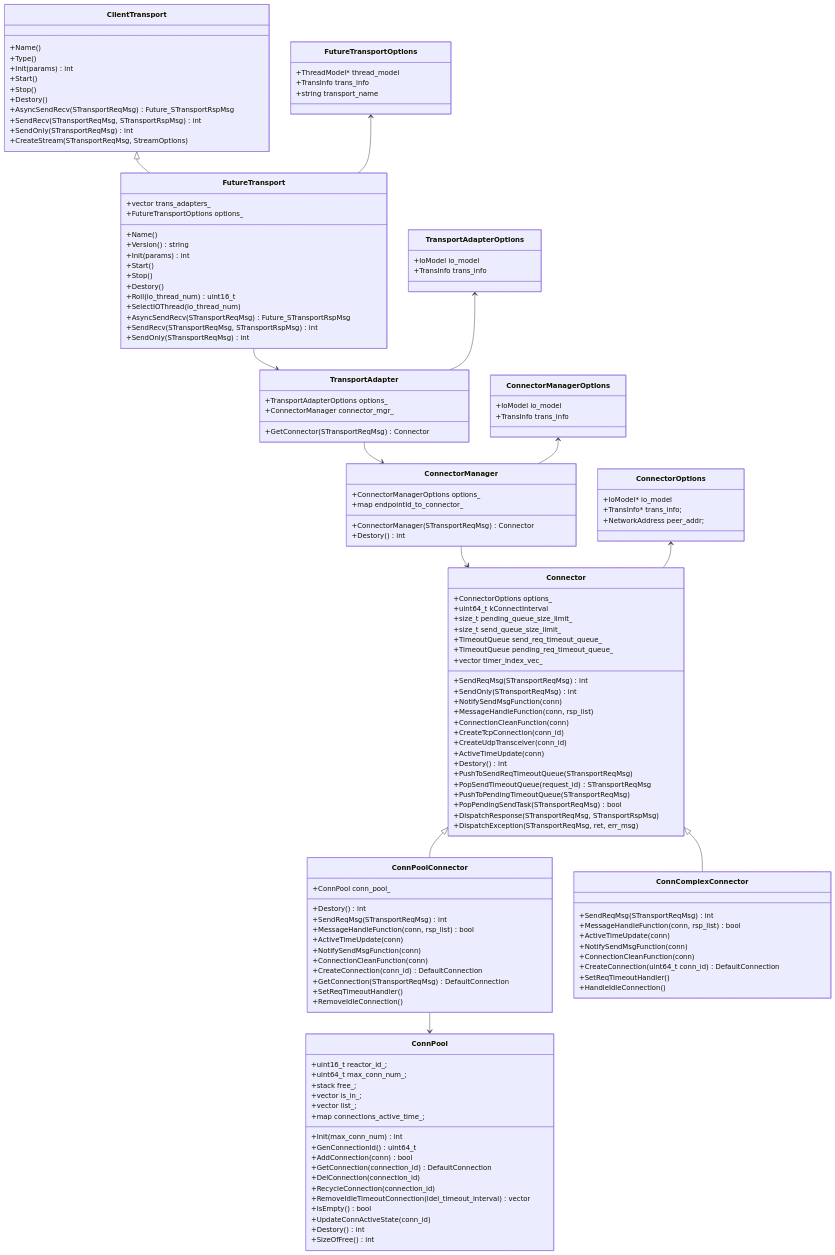
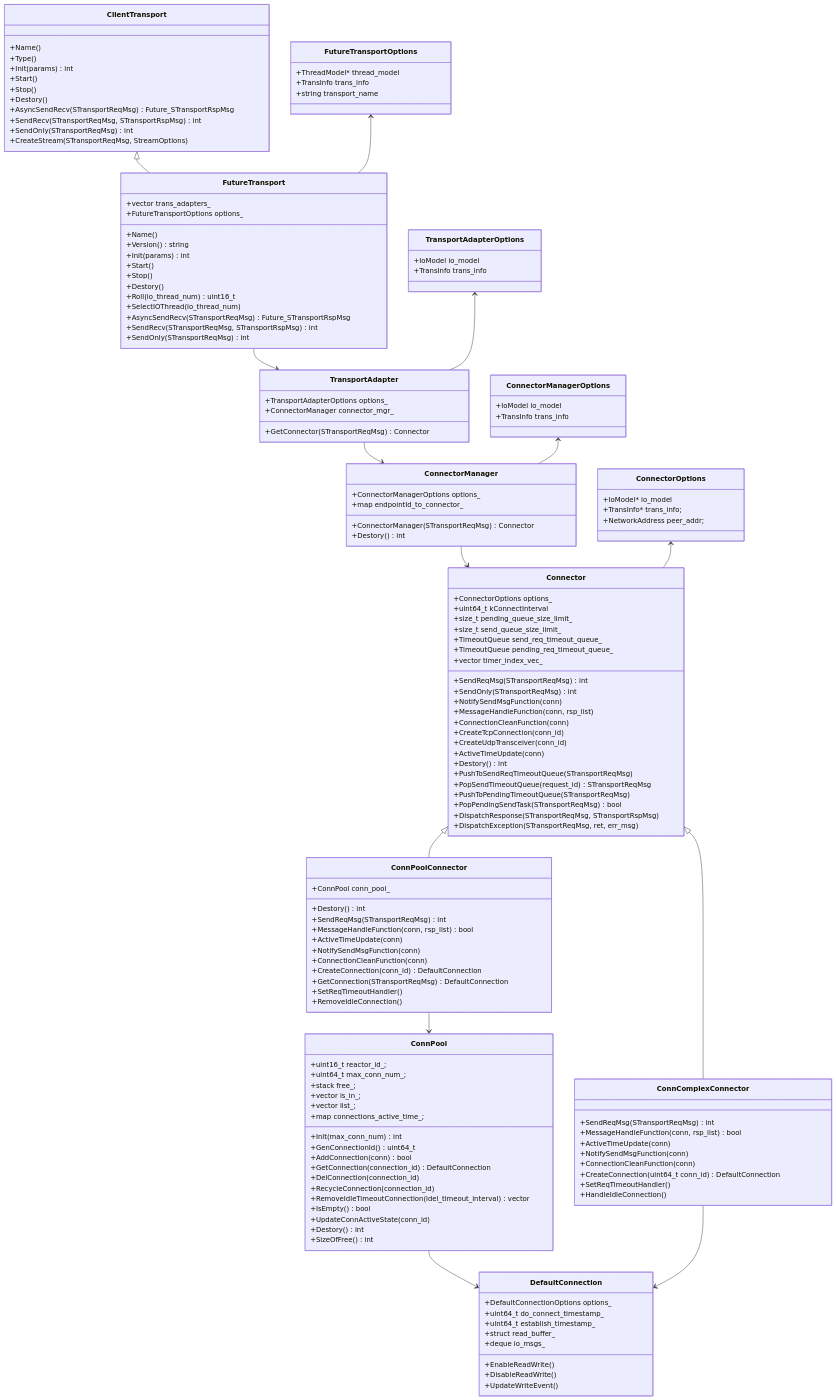
One commit to lsj9383/blog changed the diagram in posts/xrpc/xrpc-transport/client-transport.md. Above: the diagram before and after it, drawn with Mermaid. The commit also changed other lines of this file, not shown here.

````diff
--- a/posts/xrpc/xrpc-transport/client-transport.md
+++ b/posts/xrpc/xrpc-transport/client-transport.md
@@ -51,6 +50,9 @@
 Connector <|-- ConnComplexConnector
 
 ConnPoolConnector --> ConnPool
+
+ConnPool --> DefaultConnection
+ConnComplexConnector --> DefaultConnection
 
 class ClientTransport {
   +Name()
@@ -186,4 +188,15 @@
   +Destory() int
   +SizeOfFree() int
 }
+
+class DefaultConnection {
+  +DefaultConnectionOptions options_
+  +uint64_t do_connect_timestamp_
+  +uint64_t establish_timestamp_
+  +struct read_buffer_
+  +deque<IoMessage> io_msgs_
+  +EnableReadWrite()
+  +DisableReadWrite()
+  +UpdateWriteEvent()
+}
 ```
````
